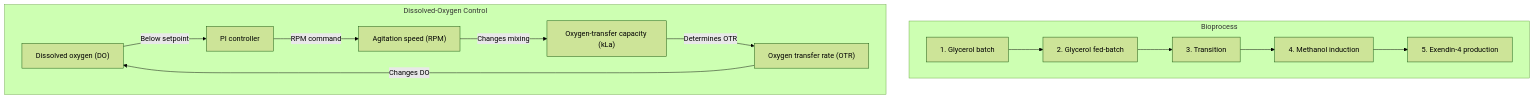
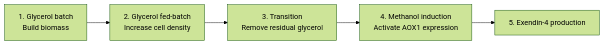
The diagram in README.md (davilaguy/exendin-4-bioprocess-simulator), drawn with Mermaid (forest theme) before and after one commit.

Commit message:
Simplify flowchart

````diff
--- a/README.md
+++ b/README.md
@@ -35,31 +35,10 @@
 ```mermaid
-flowchart TB
+flowchart LR
+    B1["1. Glycerol batch<br/>Build biomass"]
+    B2["2. Glycerol fed-batch<br/>Increase cell density"]
+    B3["3. Transition<br/>Remove residual glycerol"]
+    B4["4. Methanol induction<br/>Activate AOX1 expression"]
+    B5["5. Exendin-4 production"]
 
-    subgraph BIO["Bioprocess"]
-        direction LR
-
-        B1["1. Glycerol batch"]
-        B2["2. Glycerol fed-batch"]
-        B3["3. Transition"]
-        B4["4. Methanol induction"]
-        B5["5. Exendin-4 production"]
-
-        B1 --> B2 --> B3 --> B4 --> B5
-    end
-
-    subgraph CTRL["Dissolved-Oxygen Control"]
-        direction LR
-
-        C1["Dissolved oxygen (DO)"]
-        C2["PI controller"]
-        C3["Agitation speed (RPM)"]
-        C4["Oxygen-transfer capacity (kLa)"]
-        C5["Oxygen transfer rate (OTR)"]
-
-        C1 -->|"Below setpoint"| C2
-        C2 -->|"RPM command"| C3
-        C3 -->|"Changes mixing"| C4
-        C4 -->|"Determines OTR"| C5
-        C5 -->|"Changes DO"| C1
-    end
+    B1 --> B2 --> B3 --> B4 --> B5
 ```
````
